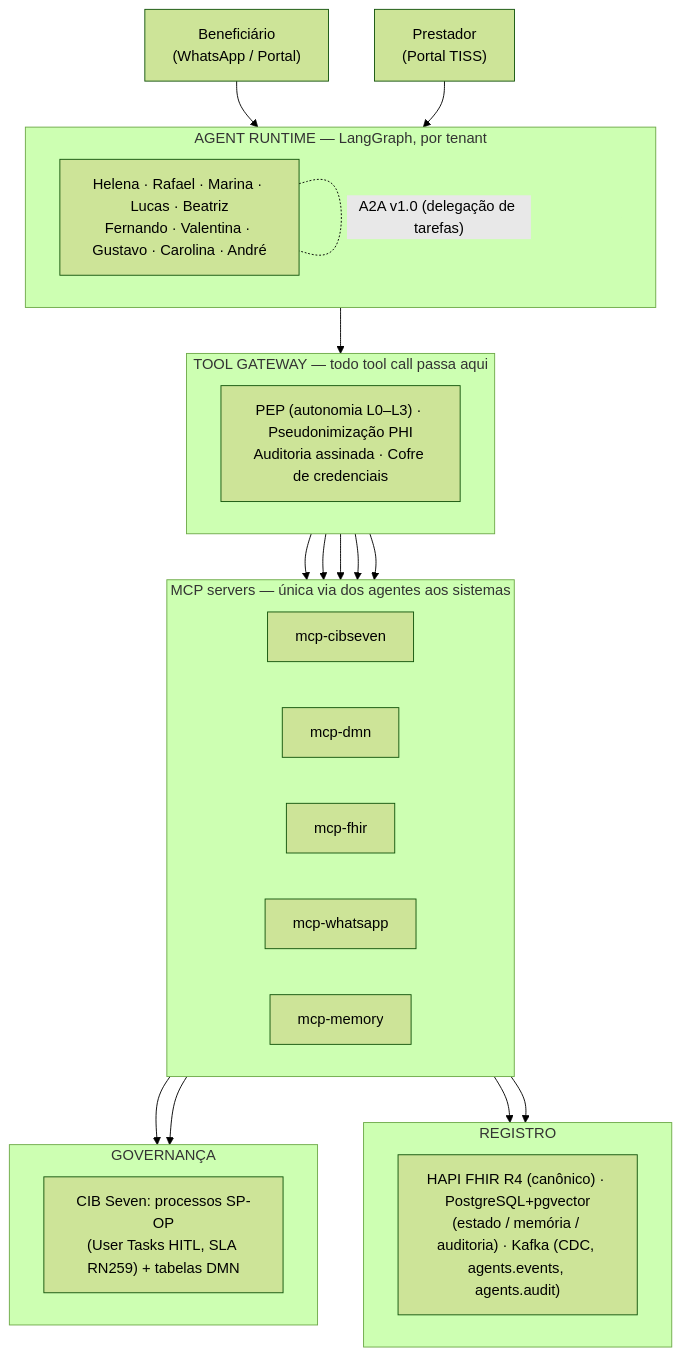
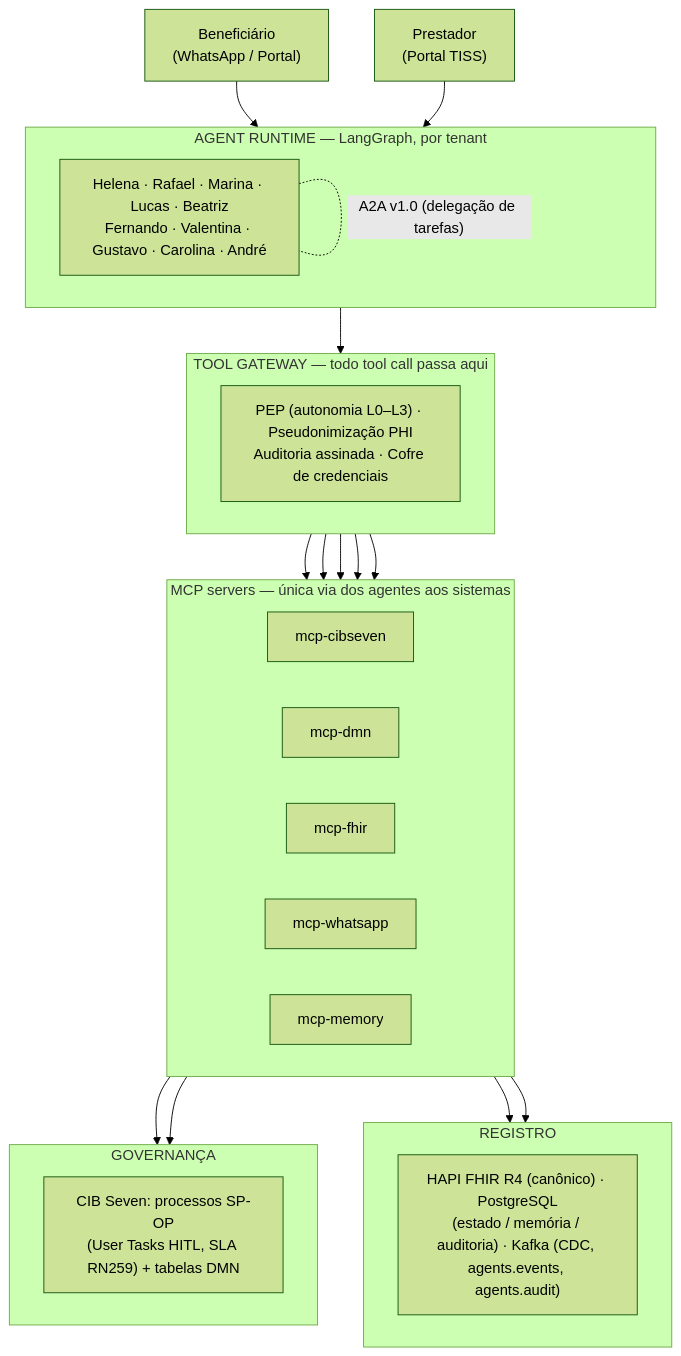
The first of 2 diagrams in docs/architecture/overview.md (Omni-Saude/maezo-operadora), drawn with Mermaid (forest theme) before and after one commit. The commit also changed other lines of this file and 26 other files, not shown here.

````diff
--- a/docs/architecture/overview.md
+++ b/docs/architecture/overview.md
@@ -11,41 +11,41 @@
 ```mermaid
 flowchart TB
     Benef["Beneficiário<br/>(WhatsApp / Portal)"]
     Prest["Prestador<br/>(Portal TISS)"]
 
     subgraph RT["AGENT RUNTIME — LangGraph, por tenant"]
         direction LR
         A["Helena · Rafael · Marina · Lucas · Beatriz<br/>Fernando · Valentina · Gustavo · Carolina · André"]
         A -. "A2A v1.0 (delegação de tarefas)" .- A
     end
 
     subgraph GW["TOOL GATEWAY — todo tool call passa aqui"]
         PEP["PEP (autonomia L0–L3) · Pseudonimização PHI<br/>Auditoria assinada · Cofre de credenciais"]
     end
 
     subgraph MCP["MCP servers — única via dos agentes aos sistemas"]
         direction LR
         M1["mcp-cibseven"]
         M2["mcp-dmn"]
         M3["mcp-fhir"]
         M4["mcp-whatsapp"]
         M5["mcp-memory"]
     end
 
     subgraph GOV["GOVERNANÇA"]
         G["CIB Seven: processos SP-OP<br/>(User Tasks HITL, SLA RN259) + tabelas DMN"]
     end
 
     subgraph REG["REGISTRO"]
-        R["HAPI FHIR R4 (canônico) · PostgreSQL+pgvector<br/>(estado / memória / auditoria) · Kafka (CDC, agents.events, agents.audit)"]
+        R["HAPI FHIR R4 (canônico) · PostgreSQL<br/>(estado / memória / auditoria) · Kafka (CDC, agents.events, agents.audit)"]
     end
 
     Benef --> RT
     Prest --> RT
     RT --> GW
     GW --> M1 & M2 & M3 & M4 & M5
     M1 --> GOV
     M2 --> GOV
     M3 --> REG
     M5 --> REG
 ```
````
